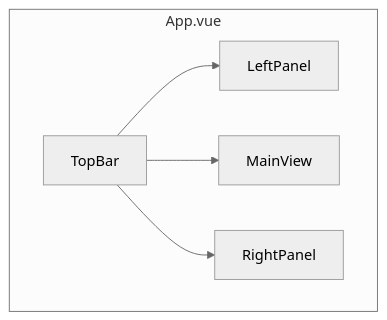
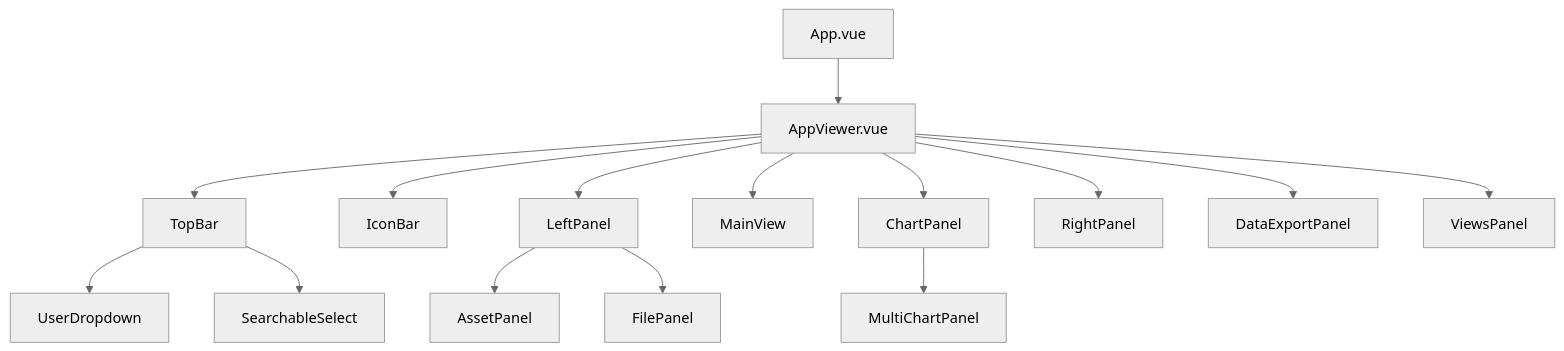
Before and after one commit to ideeinfo/TwinSight: the first of 2 diagrams in .qoder/repowiki/zh/content/前端架构/前端架构.md, drawn with Mermaid (neutral theme). The commit also changed other lines of this file and 227 other files, not shown here.

````diff
--- a/.qoder/repowiki/zh/content/前端架构/前端架构.md
+++ b/.qoder/repowiki/zh/content/前端架构/前端架构.md
@@ -59,8 +83,17 @@
 ```mermaid
-graph TB
-subgraph "App.vue"
-A[TopBar] --> B[LeftPanel]
-A --> C[MainView]
-A --> D[RightPanel]
-end
+graph TD
+A[App.vue] --> B[AppViewer.vue]
+B --> C[TopBar]
+B --> D[IconBar]
+B --> E[LeftPanel]
+B --> F[MainView]
+B --> G[ChartPanel]
+B --> H[RightPanel]
+B --> I[DataExportPanel]
+B --> J[ViewsPanel]
+C --> K[UserDropdown]
+C --> L[SearchableSelect]
+E --> M[AssetPanel]
+E --> N[FilePanel]
+G --> O[MultiChartPanel]
 ```
````
